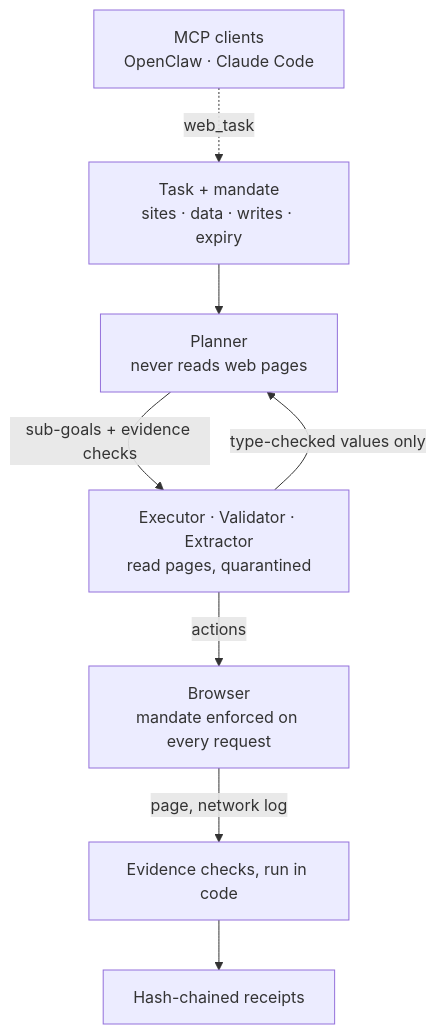
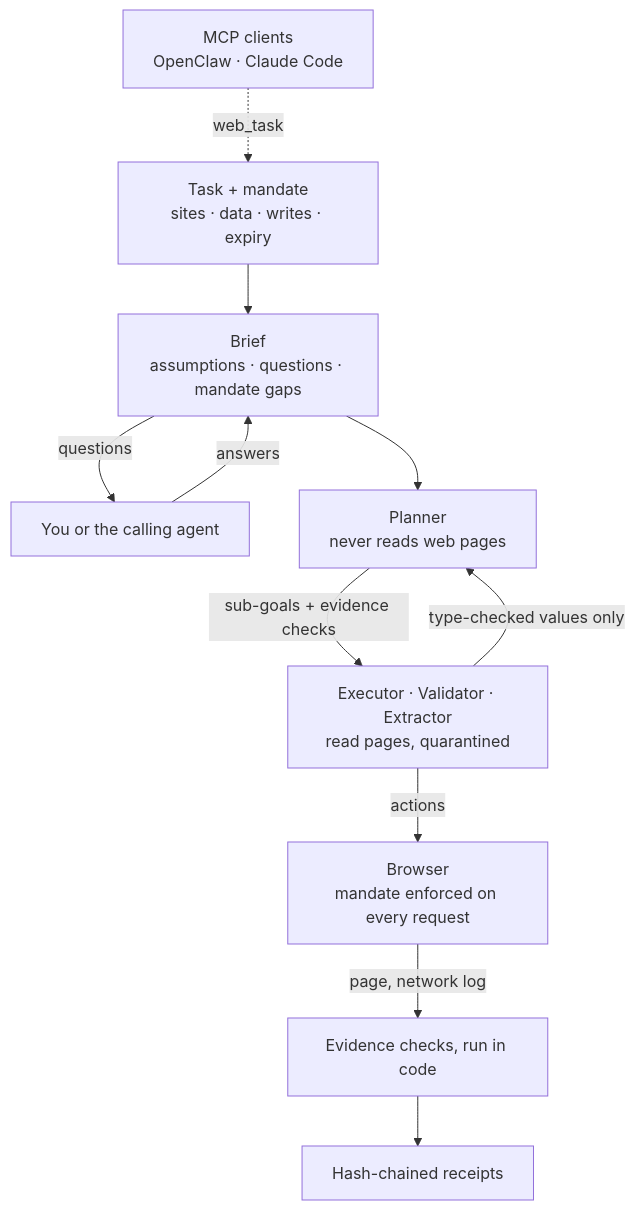
Before and after one commit to Kush-Meta/web-lobster: the diagram in README.md, drawn with Mermaid. The commit also changed other lines of this file and 28 other files, not shown here.

First line of the commit message:
Think before acting: brief, questions, context, and plan review

````diff
--- a/README.md
+++ b/README.md
@@ -28,10 +30,13 @@
 ```mermaid
 flowchart TD
     M["MCP clients<br/>OpenClaw · Claude Code"] -. web_task .-> T
-    T["Task + mandate<br/>sites · data · writes · expiry"] --> P
+    T["Task + mandate<br/>sites · data · writes · expiry"] --> BR["Brief<br/>assumptions · questions · mandate gaps"]
+    BR -- "questions" --> U["You or the calling agent"]
+    U -- "answers" --> BR
+    BR --> P
     P["Planner<br/>never reads web pages"] -- "sub-goals + evidence checks" --> Q
     Q["Executor · Validator · Extractor<br/>read pages, quarantined"] -- actions --> B
     B["Browser<br/>mandate enforced on every request"] -- "page, network log" --> E
     E["Evidence checks, run in code"] --> R["Hash-chained receipts"]
     Q -- "type-checked values only" --> P
 ```
````
